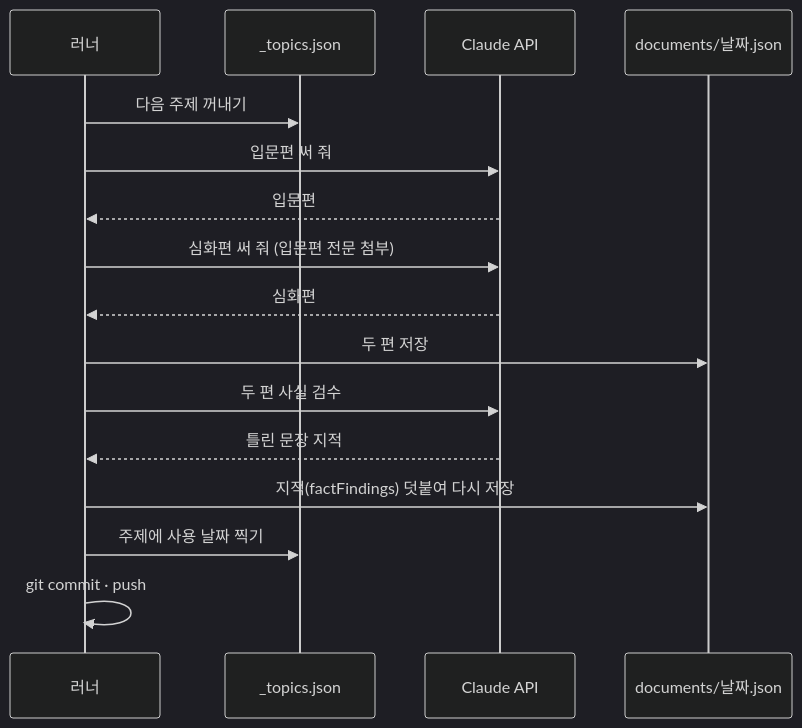
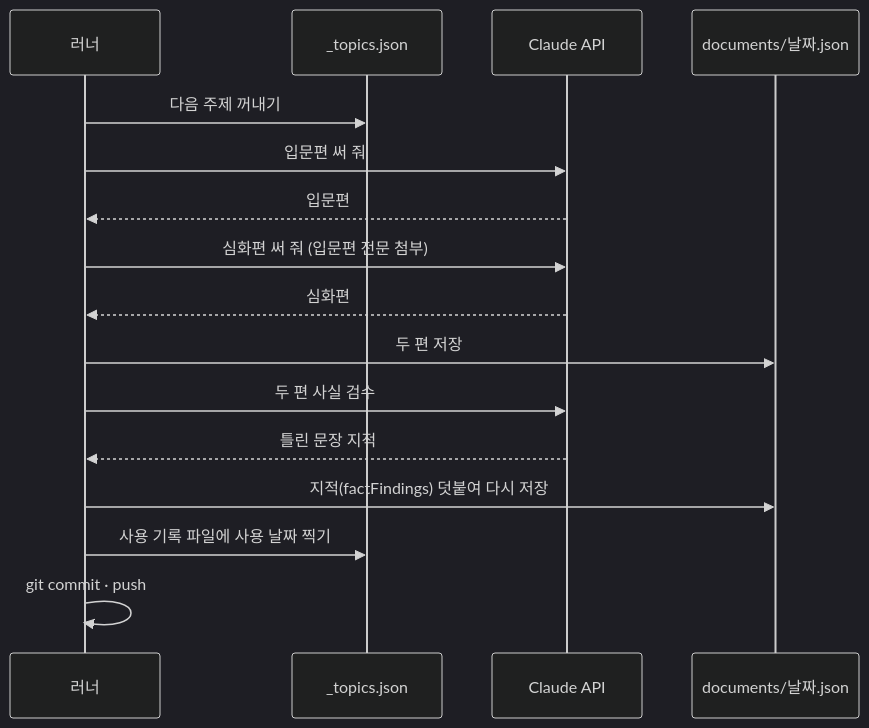
The second of 4 diagrams in docs/28-content-flow.md (minsu0922/study_project), drawn with Mermaid (dark theme) before and after one commit. The commit also changed other lines of this file and 1 other file, not shown here.

First line of the commit message:
docs(flow): 주제 대기열과 사용 기록 파일을 나눈 구조를 흐름도와 점검 기록에 반영한다

````diff
--- a/docs/28-content-flow.md
+++ b/docs/28-content-flow.md
@@ -120,19 +120,19 @@
 ```mermaid
 sequenceDiagram
     participant R as 러너
     participant Q as _topics.json
     participant C as Claude API
     participant F as documents/날짜.json
 
     R->>Q: 다음 주제 꺼내기
     R->>C: 입문편 써 줘
     C-->>R: 입문편
     R->>C: 심화편 써 줘 (입문편 전문 첨부)
     C-->>R: 심화편
     R->>F: 두 편 저장
     R->>C: 두 편 사실 검수
     C-->>R: 틀린 문장 지적
     R->>F: 지적(factFindings) 덧붙여 다시 저장
-    R->>Q: 주제에 사용 날짜 찍기
+    R->>Q: 사용 기록 파일에 사용 날짜 찍기
     R->>R: git commit · push
 ```
````
